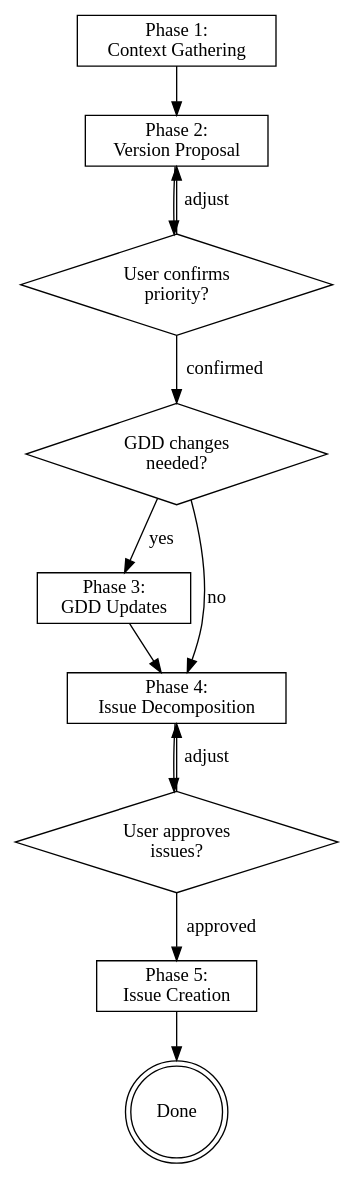
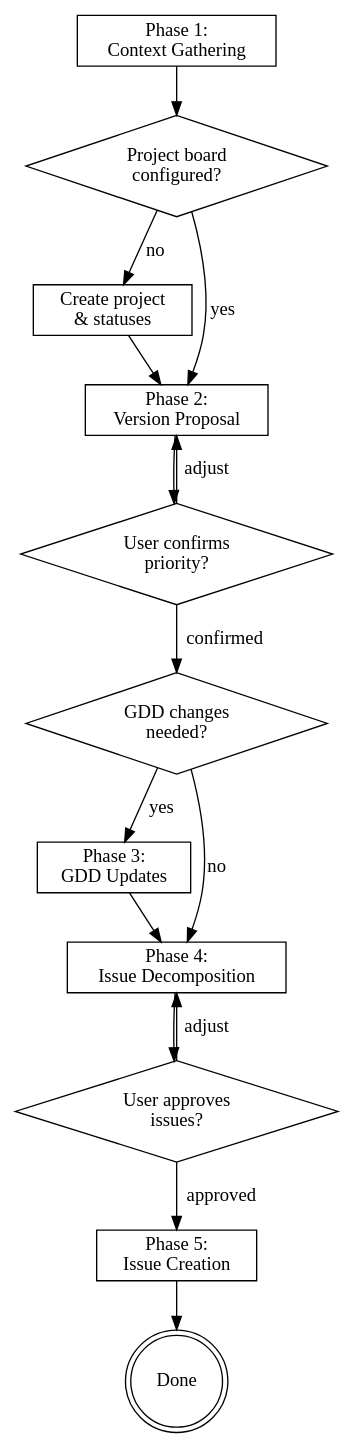
The diagram in skills/gameplan/SKILL.md (BryGo1995/playbook), drawn with Graphviz before and after one commit. The commit also changed other lines of this file, not shown here.

Commit message:
feat: gameplan auto-creates GitHub Project with status fields

````diff
--- a/skills/gameplan/SKILL.md
+++ b/skills/gameplan/SKILL.md
@@ -24,25 +24,30 @@
 ```dot
 digraph plan_version {
     "Phase 1:\nContext Gathering" [shape=box];
+    "Project board\nconfigured?" [shape=diamond];
+    "Create project\n& statuses" [shape=box];
     "Phase 2:\nVersion Proposal" [shape=box];
     "User confirms\npriority?" [shape=diamond];
     "GDD changes\nneeded?" [shape=diamond];
     "Phase 3:\nGDD Updates" [shape=box];
     "Phase 4:\nIssue Decomposition" [shape=box];
     "User approves\nissues?" [shape=diamond];
     "Phase 5:\nIssue Creation" [shape=box];
     "Done" [shape=doublecircle];
 
-    "Phase 1:\nContext Gathering" -> "Phase 2:\nVersion Proposal";
+    "Phase 1:\nContext Gathering" -> "Project board\nconfigured?";
+    "Project board\nconfigured?" -> "Create project\n& statuses" [label="no"];
+    "Project board\nconfigured?" -> "Phase 2:\nVersion Proposal" [label="yes"];
+    "Create project\n& statuses" -> "Phase 2:\nVersion Proposal";
     "Phase 2:\nVersion Proposal" -> "User confirms\npriority?";
     "User confirms\npriority?" -> "Phase 2:\nVersion Proposal" [label="adjust"];
     "User confirms\npriority?" -> "GDD changes\nneeded?" [label="confirmed"];
     "GDD changes\nneeded?" -> "Phase 3:\nGDD Updates" [label="yes"];
     "GDD changes\nneeded?" -> "Phase 4:\nIssue Decomposition" [label="no"];
     "Phase 3:\nGDD Updates" -> "Phase 4:\nIssue Decomposition";
     "Phase 4:\nIssue Decomposition" -> "User approves\nissues?";
     "User approves\nissues?" -> "Phase 4:\nIssue Decomposition" [label="adjust"];
     "User approves\nissues?" -> "Phase 5:\nIssue Creation" [label="approved"];
     "Phase 5:\nIssue Creation" -> "Done";
 }
 ```
````
